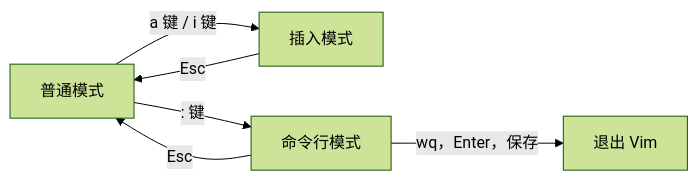
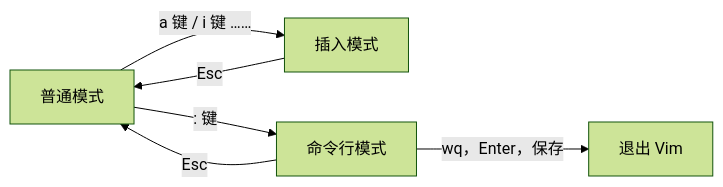
The diagram in 计算机/Linux/2 Vim.md (poppop9/obsidian), drawn with Mermaid (forest theme) before and after one commit. The commit also changed other lines of this file and 2 other files, not shown here.

````diff
--- a/计算机/Linux/2 Vim.md
+++ b/计算机/Linux/2 Vim.md
@@ -7,9 +7,9 @@
 ```mermaid
 graph LR
-	a[普通模式]-- a 键 / i 键 -->b[插入模式]
+	a[普通模式]-- a 键 / i 键 …… -->b[插入模式]
 	b-- Esc -->a
 	c[命令行模式]-- Esc -->a
 	a-- : 键 -->c
 
 	c-- wq，Enter，保存 -->d[退出 Vim]
 ```
````
